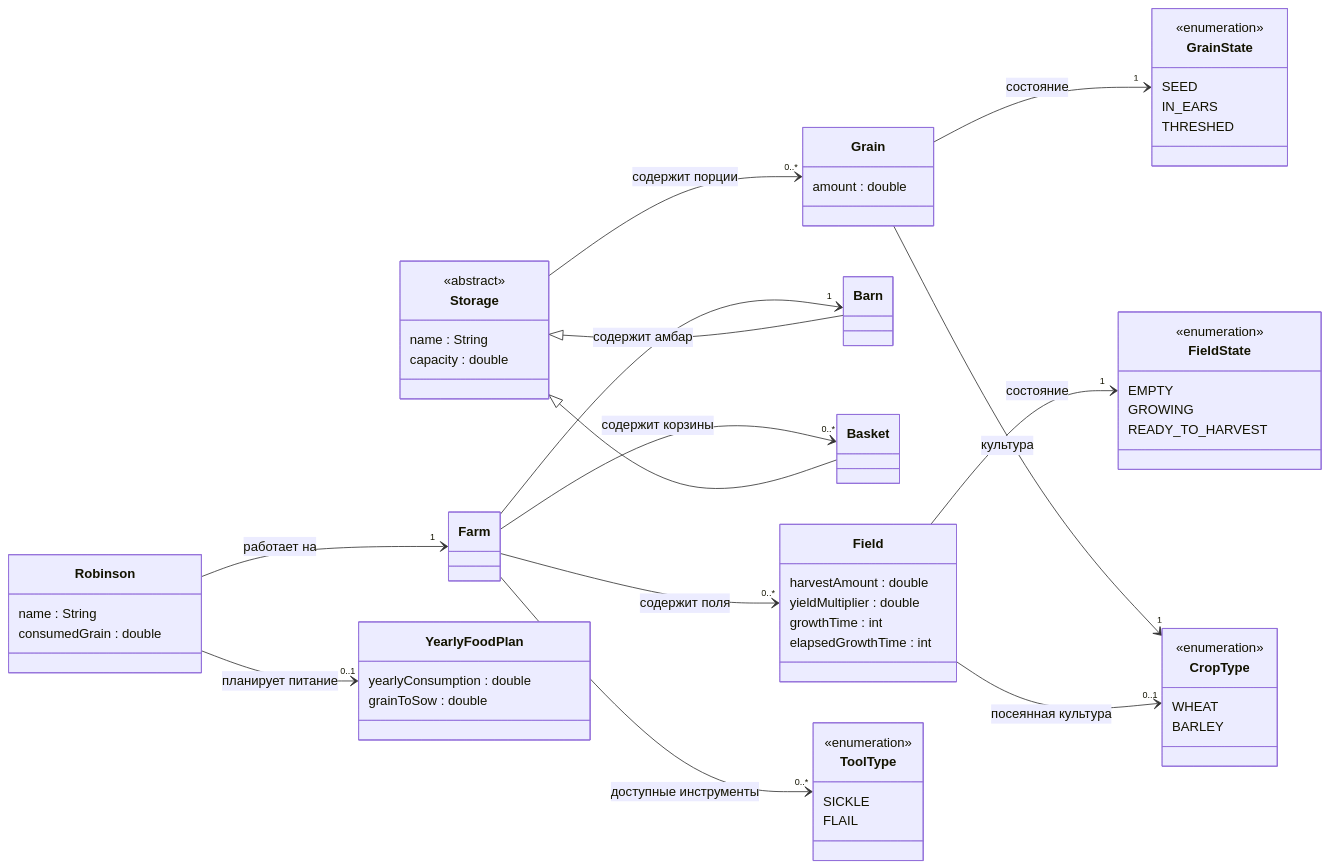
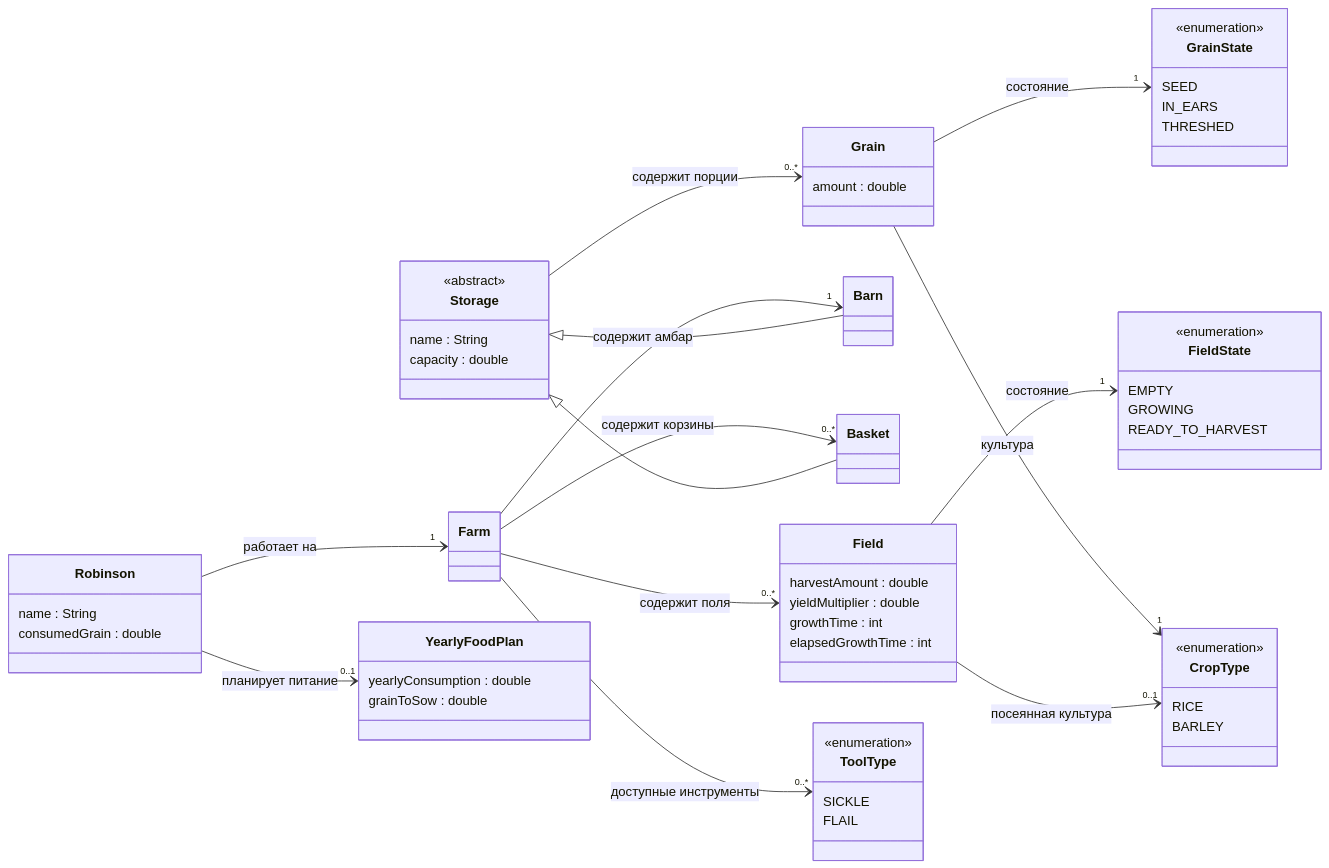
Before and after one commit to osarikas-itmo/prog-lab3: the diagram in docs/object-model.md, drawn with Mermaid. The commit also changed 2 other files, not shown here.

Commit message:
Заменить пшеницу на рис

````diff
--- a/docs/object-model.md
+++ b/docs/object-model.md
@@ -5,66 +5,66 @@
 ```mermaid
 classDiagram
     direction LR
 
     class Robinson {
         name : String
         consumedGrain : double
     }
     class Farm
     class Field {
         harvestAmount : double
         yieldMultiplier : double
         growthTime : int
         elapsedGrowthTime : int
     }
     class Storage {
         <<abstract>>
         name : String
         capacity : double
     }
     class Barn
     class Basket
     class Grain {
         amount : double
     }
     class YearlyFoodPlan {
         yearlyConsumption : double
         grainToSow : double
     }
     class CropType {
         <<enumeration>>
-        WHEAT
+        RICE
         BARLEY
     }
     class GrainState {
         <<enumeration>>
         SEED
         IN_EARS
         THRESHED
     }
     class FieldState {
         <<enumeration>>
         EMPTY
         GROWING
         READY_TO_HARVEST
     }
     class ToolType {
         <<enumeration>>
         SICKLE
         FLAIL
     }
 
     Robinson --> "1" Farm : работает на
     Robinson --> "0..1" YearlyFoodPlan : планирует питание
     Farm --> "0..*" Field : содержит поля
     Farm --> "0..*" Basket : содержит корзины
     Farm --> "1" Barn : содержит амбар
     Farm --> "0..*" ToolType : доступные инструменты
     Storage <|-- Barn
     Storage <|-- Basket
     Storage --> "0..*" Grain : содержит порции
     Grain --> "1" CropType : культура
     Grain --> "1" GrainState : состояние
     Field --> "0..1" CropType : посеянная культура
     Field --> "1" FieldState : состояние
 ```
````
